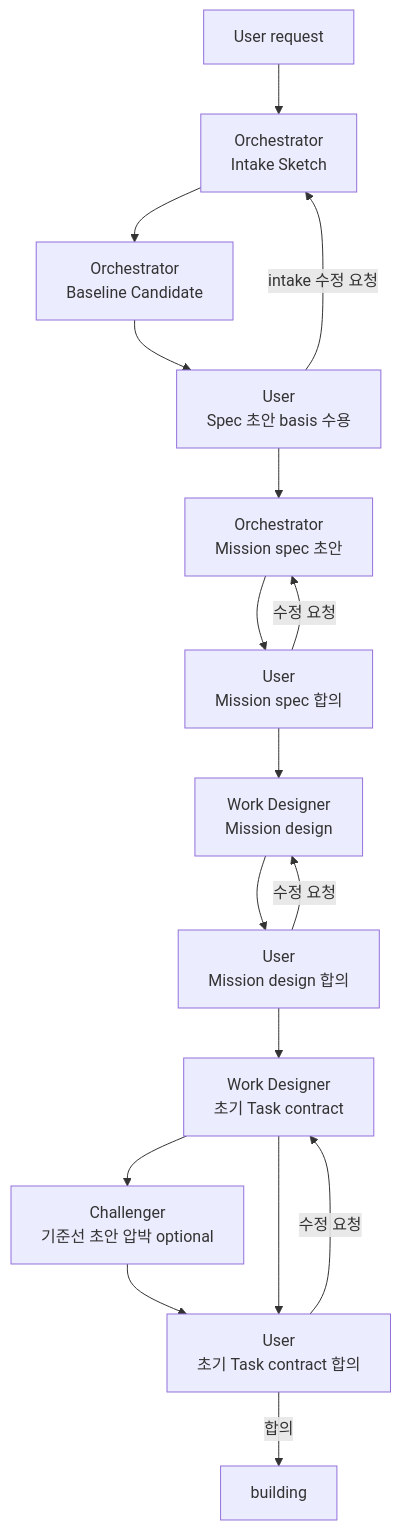
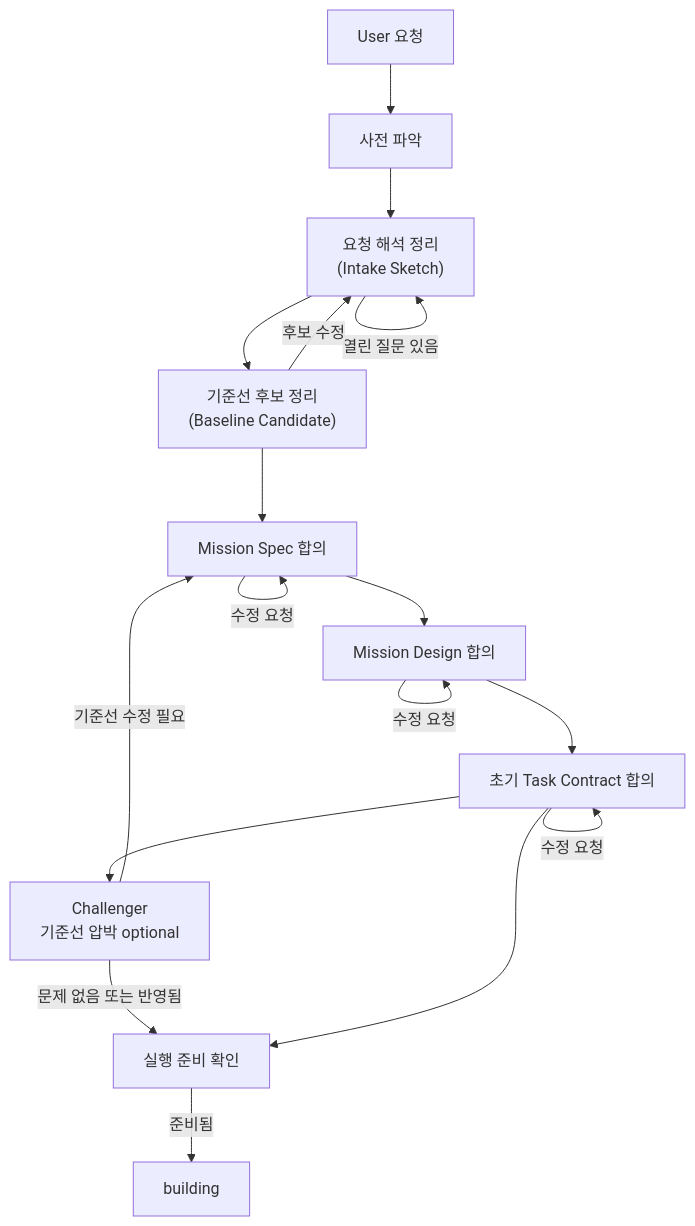
Before and after one commit to choam2426/geas: the second of 4 diagrams in docs/operating/mission.md, drawn with Mermaid. The commit also changed other lines of this file and 5 other files, not shown here.

````diff
--- a/docs/operating/mission.md
+++ b/docs/operating/mission.md
@@ -93,24 +97,25 @@
 ```mermaid
 flowchart TD
-  R["User request"]
-  I["Orchestrator<br/>Intake Sketch"]
-  C["Orchestrator<br/>Baseline Candidate"]
-  U0["User<br/>Spec 초안 basis 수용"]
-  O["Orchestrator<br/>Mission spec 초안"]
-  U1["User<br/>Mission spec 합의"]
-  D["Work Designer<br/>Mission design"]
-  U2["User<br/>Mission design 합의"]
-  T["Work Designer<br/>초기 Task contract"]
-  H["Challenger<br/>기준선 초안 압박 optional"]
-  U3["User<br/>초기 Task contract 합의"]
+  R["User 요청"]
+  P["사전 파악"]
+  I["요청 해석 정리<br/>(Intake Sketch)"]
+  C["기준선 후보 정리<br/>(Baseline Candidate)"]
+  S["Mission Spec 합의"]
+  D["Mission Design 합의"]
+  T["초기 Task Contract 합의"]
+  H["Challenger<br/>기준선 압박 optional"]
+  K["실행 준비 확인"]
   B["building"]
 
-  R --> I --> C --> U0 --> O --> U1 --> D --> U2 --> T
-  T --> H --> U3
-  T --> U3
-  U0 -->|"intake 수정 요청"| I
-  U1 -->|"수정 요청"| O
-  U2 -->|"수정 요청"| D
-  U3 -->|"수정 요청"| T
-  U3 -->|"합의"| B
+  R --> P --> I --> C --> S --> D --> T
+  T --> H
+  H -->|"문제 없음 또는 반영됨"| K
+  H -->|"기준선 수정 필요"| S
+  T --> K
+  I -->|"열린 질문 있음"| I
+  C -->|"후보 수정"| I
+  S -->|"수정 요청"| S
+  D -->|"수정 요청"| D
+  T -->|"수정 요청"| T
+  K -->|"준비됨"| B
 ```
````
